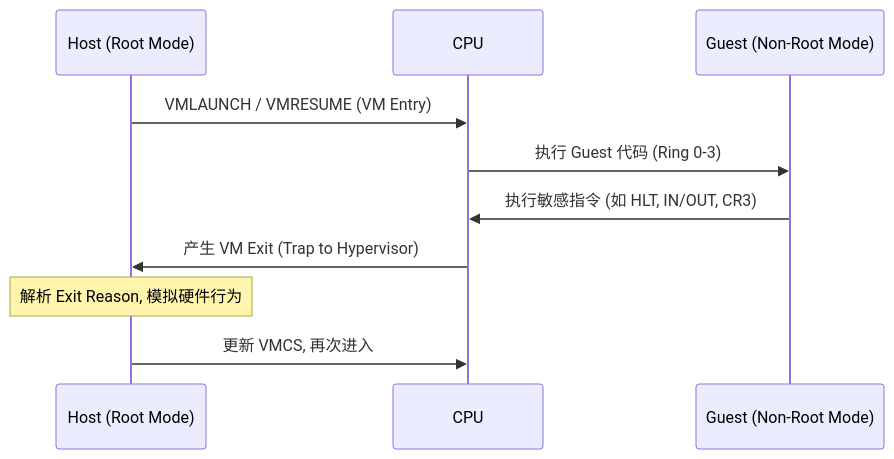
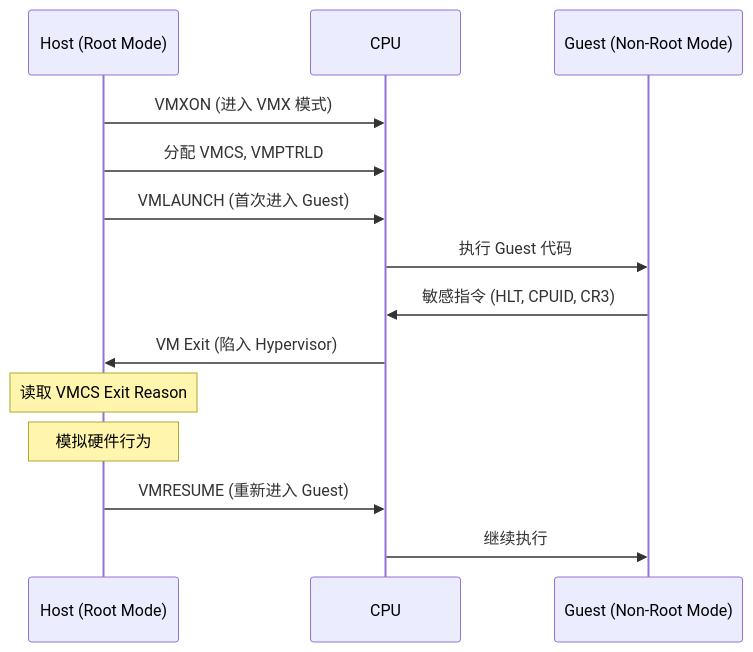
One commit to snowfrs/docs changed the third of 14 diagrams in content/docs/Projects/OS_Learn/M7_Virtualization_Cloud.mdx. Above: the diagram before and after it, drawn with Mermaid. The commit also changed other lines of this file, not shown here.

````diff
--- a/content/docs/Projects/OS_Learn/M7_Virtualization_Cloud.mdx
+++ b/content/docs/Projects/OS_Learn/M7_Virtualization_Cloud.mdx
@@ -49,13 +90,17 @@
 ```mermaid
 sequenceDiagram
     participant Host as Host (Root Mode)
-    participant CPU
+    participant CPU as CPU
     participant Guest as Guest (Non-Root Mode)
     
-    Host->>CPU: VMLAUNCH / VMRESUME (VM Entry)
-    CPU->>Guest: 执行 Guest 代码 (Ring 0-3)
-    Guest->>CPU: 执行敏感指令 (如 HLT, IN/OUT, CR3)
-    CPU->>Host: 产生 VM Exit (Trap to Hypervisor)
-    Note over Host: 解析 Exit Reason, 模拟硬件行为
-    Host->>CPU: 更新 VMCS, 再次进入
+    Host->>CPU: VMXON (进入 VMX 模式)
+    Host->>CPU: 分配 VMCS, VMPTRLD
+    Host->>CPU: VMLAUNCH (首次进入 Guest)
+    CPU->>Guest: 执行 Guest 代码
+    Guest->>CPU: 敏感指令 (HLT, CPUID, CR3)
+    CPU->>Host: VM Exit (陷入 Hypervisor)
+    Note over Host: 读取 VMCS Exit Reason
+    Note over Host: 模拟硬件行为
+    Host->>CPU: VMRESUME (重新进入 Guest)
+    CPU->>Guest: 继续执行
 ```
````
